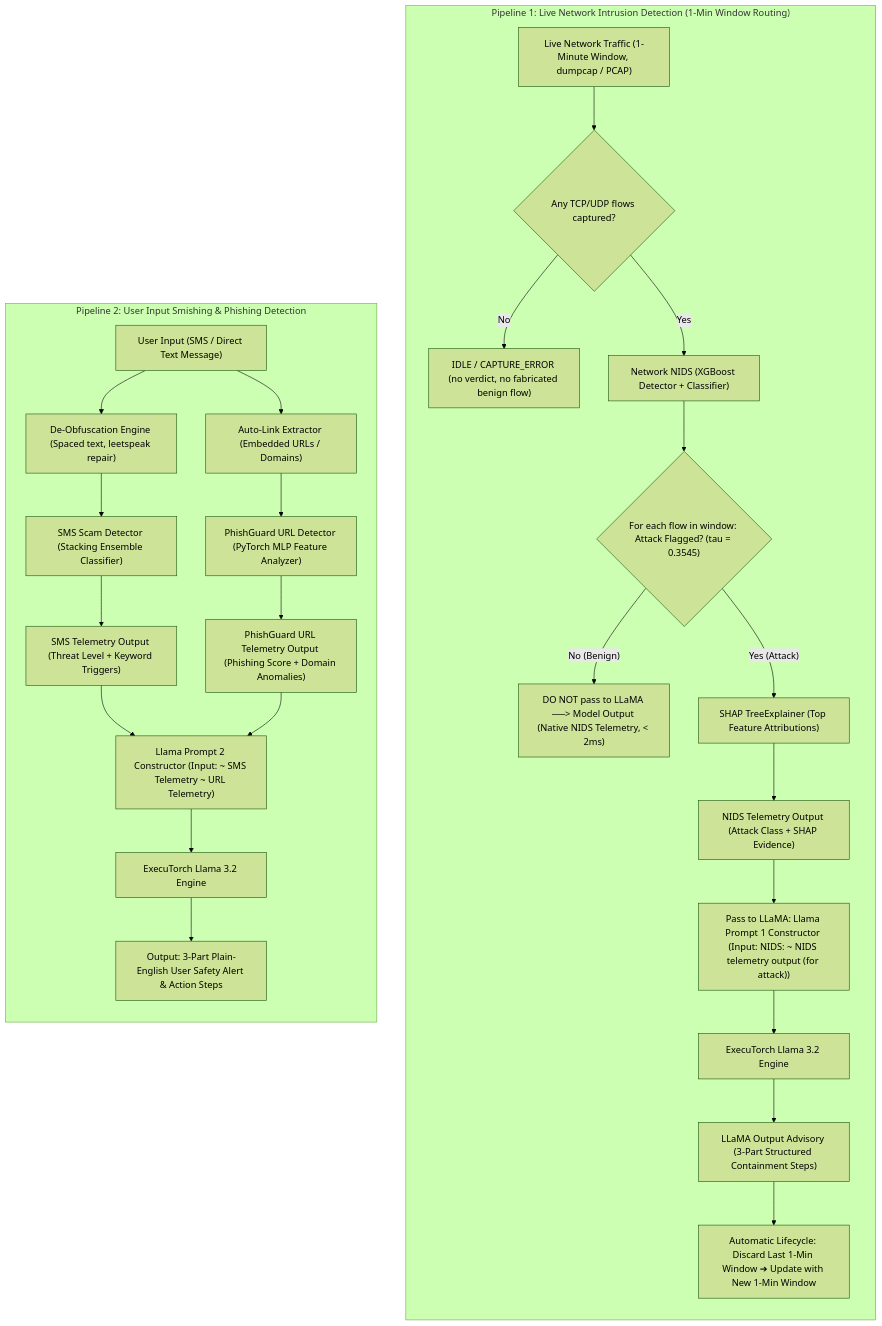
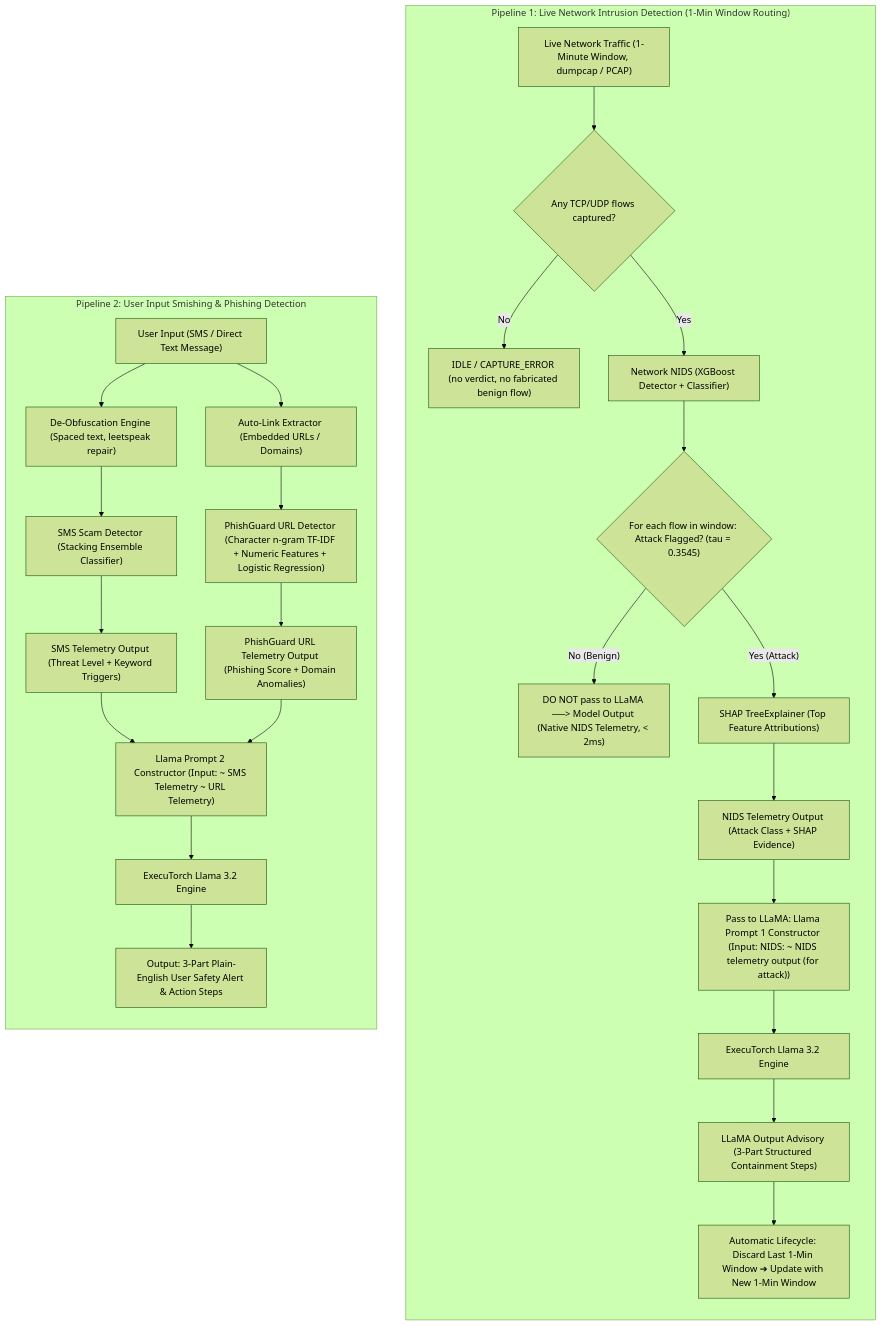
The first of 3 diagrams in README.md (A-spark-of-fire/Abhedya_SoC), drawn with Mermaid (forest theme) before and after one commit. The commit also changed other lines of this file, not shown here.

Commit message:
Update PhishGuard model architecture in documentation

````diff
--- a/README.md
+++ b/README.md
@@ -70,31 +70,31 @@
 ```mermaid
 flowchart TD
     subgraph P1["Pipeline 1: Live Network Intrusion Detection (1-Min Window Routing)"]
         direction TB
         N1["Live Network Traffic (1-Minute Window, dumpcap / PCAP)"] --> N0{"Any TCP/UDP flows captured?"}
         N0 -- "No" --> NIDLE["IDLE / CAPTURE_ERROR (no verdict, no fabricated benign flow)"]
         N0 -- "Yes" --> N2["Network NIDS (XGBoost Detector + Classifier)"]
         N2 --> N3{"For each flow in window: Attack Flagged? (tau = 0.3545)"}
         N3 -- "No (Benign)" --> N4["DO NOT pass to LLaMA ──> Model Output (Native NIDS Telemetry, < 2ms)"]
         N3 -- "Yes (Attack)" --> N5["SHAP TreeExplainer (Top Feature Attributions)"]
         N5 --> N6["NIDS Telemetry Output (Attack Class + SHAP Evidence)"]
         N6 --> N7["Pass to LLaMA: Llama Prompt 1 Constructor (Input: NIDS: ~ NIDS telemetry output (for attack))"]
         N7 --> N8["ExecuTorch Llama 3.2 Engine"]
         N8 --> N9["LLaMA Output Advisory (3-Part Structured Containment Steps)"]
         N9 --> N10["Automatic Lifecycle: Discard Last 1-Min Window ➔ Update with New 1-Min Window"]
     end
 
     subgraph P2["Pipeline 2: User Input Smishing & Phishing Detection"]
         direction TB
         U1["User Input (SMS / Direct Text Message)"] --> U2["De-Obfuscation Engine (Spaced text, leetspeak repair)"]
         U2 --> U3["SMS Scam Detector (Stacking Ensemble Classifier)"]
         U1 --> U4["Auto-Link Extractor (Embedded URLs / Domains)"]
-        U4 --> U5["PhishGuard URL Detector (PyTorch MLP Feature Analyzer)"]
+        U4 --> U5["PhishGuard URL Detector (Character n-gram TF-IDF + Numeric Features + Logistic Regression)"]
         U3 --> U6["SMS Telemetry Output (Threat Level + Keyword Triggers)"]
         U5 --> U7["PhishGuard URL Telemetry Output (Phishing Score + Domain Anomalies)"]
         U6 --> U8["Llama Prompt 2 Constructor (Input: ~ SMS Telemetry ~ URL Telemetry)"]
         U7 --> U8
         U8 --> U9["ExecuTorch Llama 3.2 Engine"]
         U9 --> U10["Output: 3-Part Plain-English User Safety Alert & Action Steps"]
     end
 ```
````
